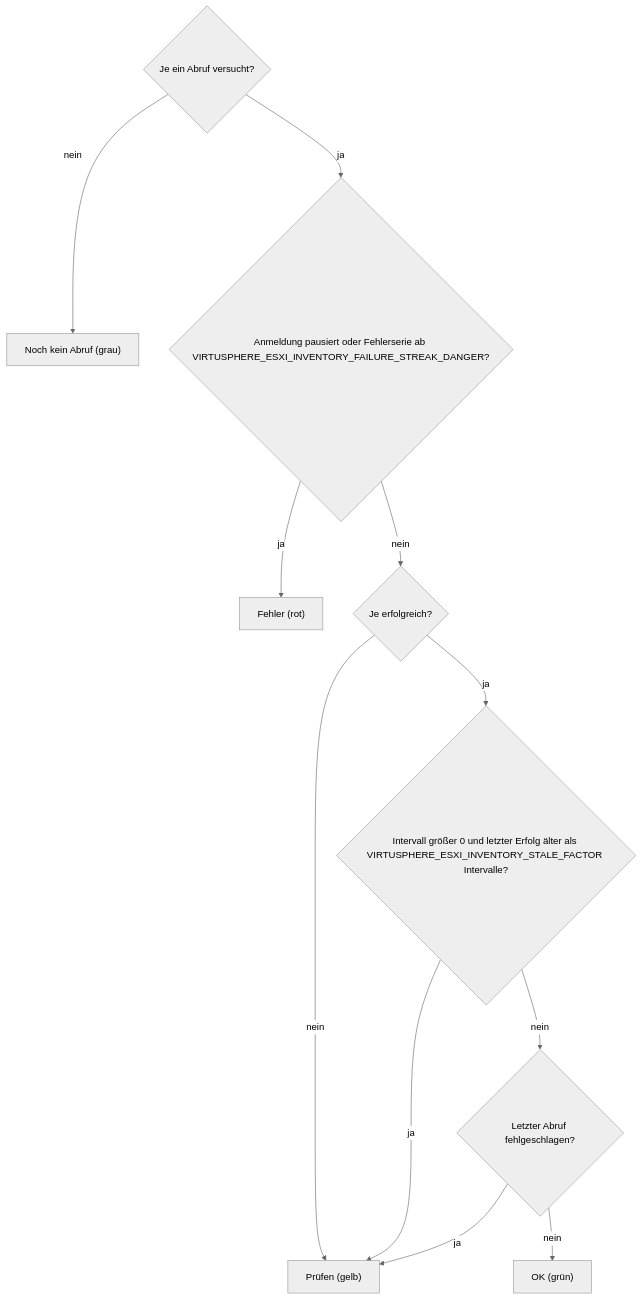
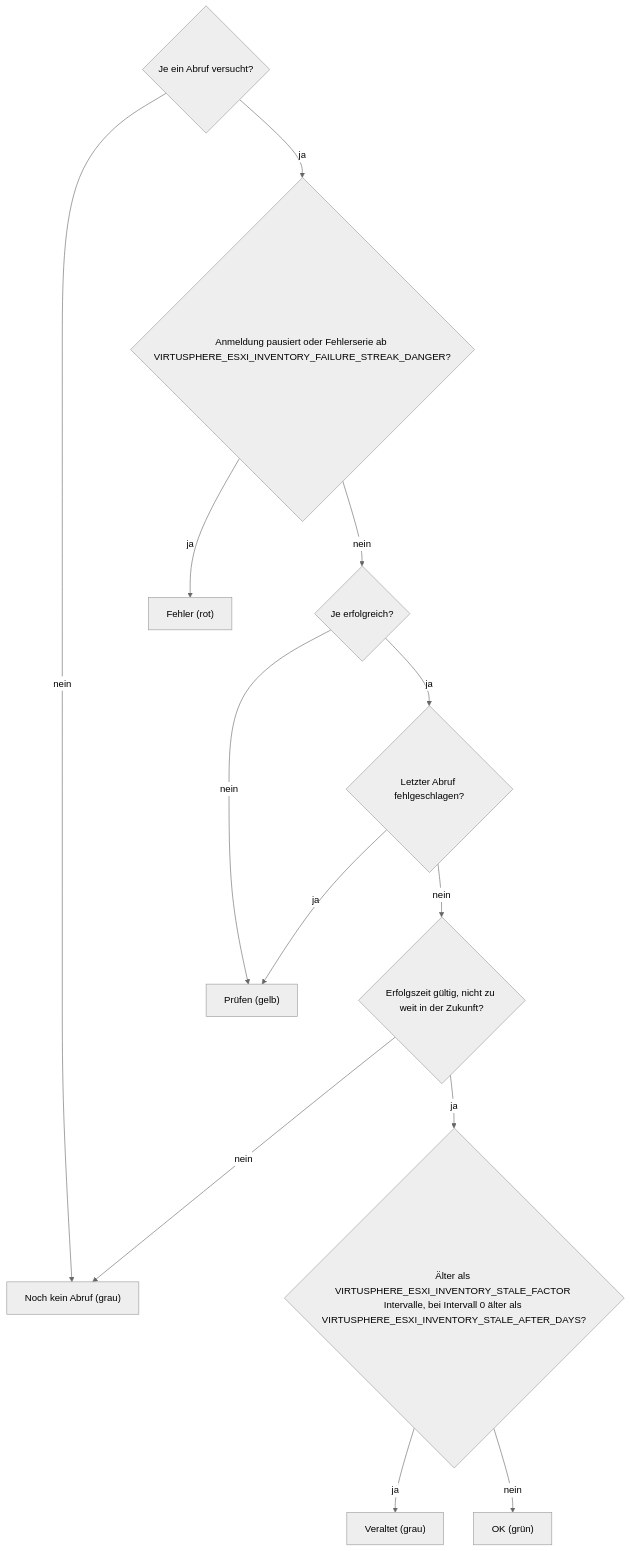
The fifth of 8 diagrams in docs/operations/system-status-checks.md (Samy94M/VirtuSphere-v2-WebApp), drawn with Mermaid (neutral theme) before and after one commit. The commit also changed other lines of this file and 33 other files, not shown here.

Commit message:
Expire ESXi success evidence and refresh after launched Create outcomes

````diff
--- a/docs/operations/system-status-checks.md
+++ b/docs/operations/system-status-checks.md
@@ -147,13 +147,15 @@
 ```mermaid
 flowchart TD
   A{"Je ein Abruf versucht?"} -->|nein| U["Noch kein Abruf (grau)"]
   A -->|ja| B{"Anmeldung pausiert oder Fehlerserie ab VIRTUSPHERE_ESXI_INVENTORY_FAILURE_STREAK_DANGER?"}
   B -->|ja| D["Fehler (rot)"]
   B -->|nein| C{"Je erfolgreich?"}
   C -->|nein| W["Prüfen (gelb)"]
-  C -->|ja| E{"Intervall größer 0 und letzter Erfolg älter als VIRTUSPHERE_ESXI_INVENTORY_STALE_FACTOR Intervalle?"}
-  E -->|ja| W
-  E -->|nein| F{"Letzter Abruf fehlgeschlagen?"}
+  C -->|ja| F{"Letzter Abruf fehlgeschlagen?"}
   F -->|ja| W
-  F -->|nein| O["OK (grün)"]
+  F -->|nein| T{"Erfolgszeit gültig, nicht zu weit in der Zukunft?"}
+  T -->|nein| U
+  T -->|ja| E{"Älter als VIRTUSPHERE_ESXI_INVENTORY_STALE_FACTOR Intervalle, bei Intervall 0 älter als VIRTUSPHERE_ESXI_INVENTORY_STALE_AFTER_DAYS?"}
+  E -->|ja| S["Veraltet (grau)"]
+  E -->|nein| O["OK (grün)"]
 ```
````
